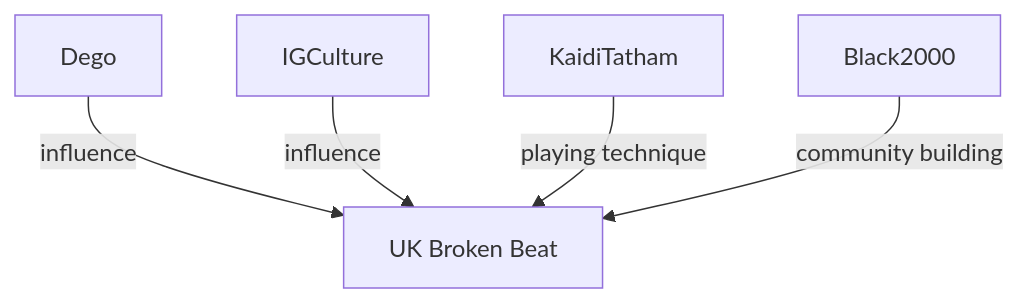
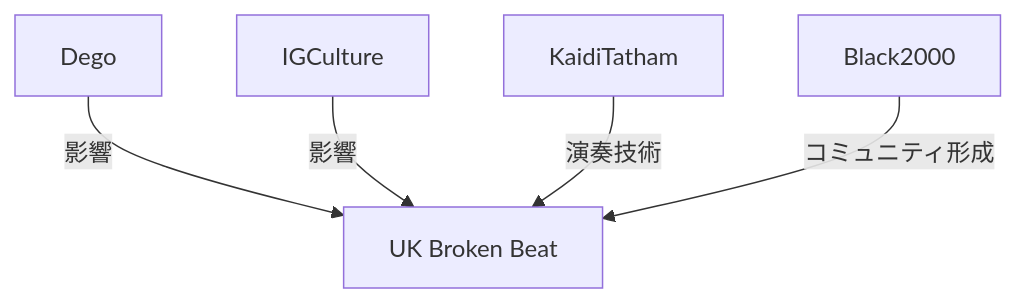
One commit to monumental-movement/monumental-movement.github.io changed the first of 5 diagrams in en/_posts/2025-12-01-column-uk-broken-beat.md. Above: the diagram before and after it, drawn with Mermaid. The commit also changed other lines of this file and 2196 other files, not shown here.

```diff
--- a/en/_posts/2025-12-01-column-uk-broken-beat.md
+++ b/en/_posts/2025-12-01-column-uk-broken-beat.md
@@ -71,7 +71,7 @@
 <div class="mermaid">
 graph TD
-    Dego -->|influence| BrokenBeat[UK Broken Beat]
-    IGCulture -->|influence| BrokenBeat
-    KaidiTatham -->|playing technique| BrokenBeat
-    Black2000 -->|community building| BrokenBeat
+    Dego -->|影響| BrokenBeat[UK Broken Beat]
+    IGCulture -->|影響| BrokenBeat
+    KaidiTatham -->|演奏技術| BrokenBeat
+    Black2000 -->|コミュニティ形成| BrokenBeat
 </div>
```
